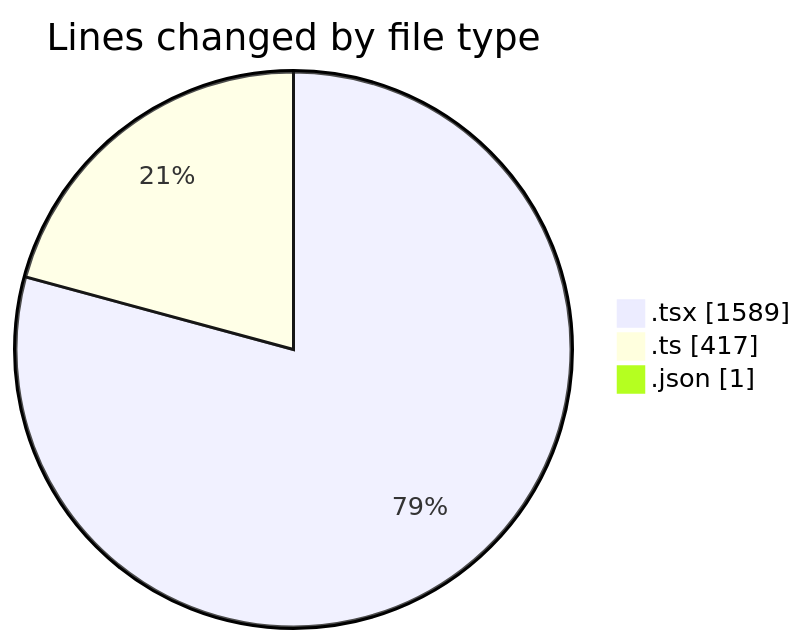
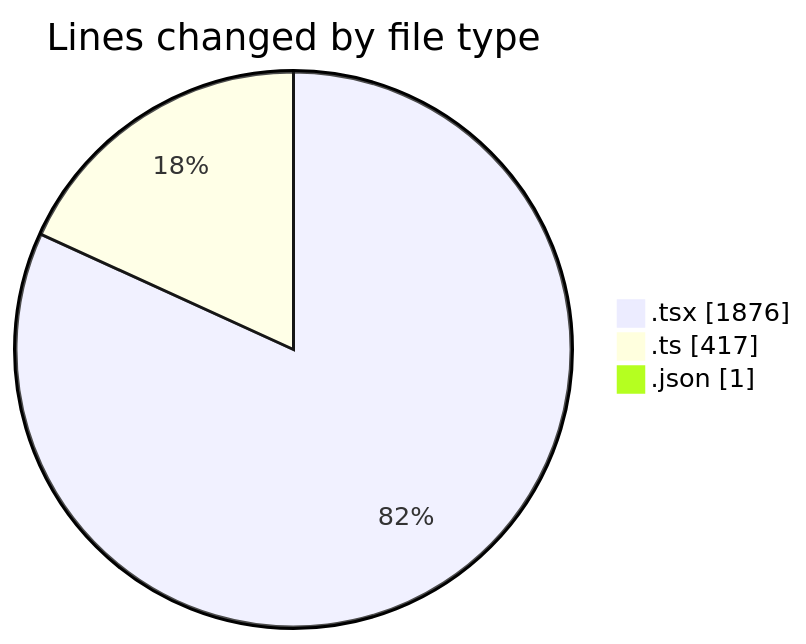
The first of 2 diagrams in 2025-10-08/eventscop-frontend-guide__workspace_/README.md (julien-gomy/code-tracking), drawn with Mermaid before and after one commit. The commit also changed other lines of this file and 1 other file, not shown here.

````diff
--- a/2025-10-08/eventscop-frontend-guide__workspace_/README.md
+++ b/2025-10-08/eventscop-frontend-guide__workspace_/README.md
@@ -30,7 +31,7 @@
 ```mermaid
 pie showData
 title Lines changed by file type
-".tsx" : 1589
+".tsx" : 1876
 ".ts" : 417
 ".json" : 1
 ```
````
